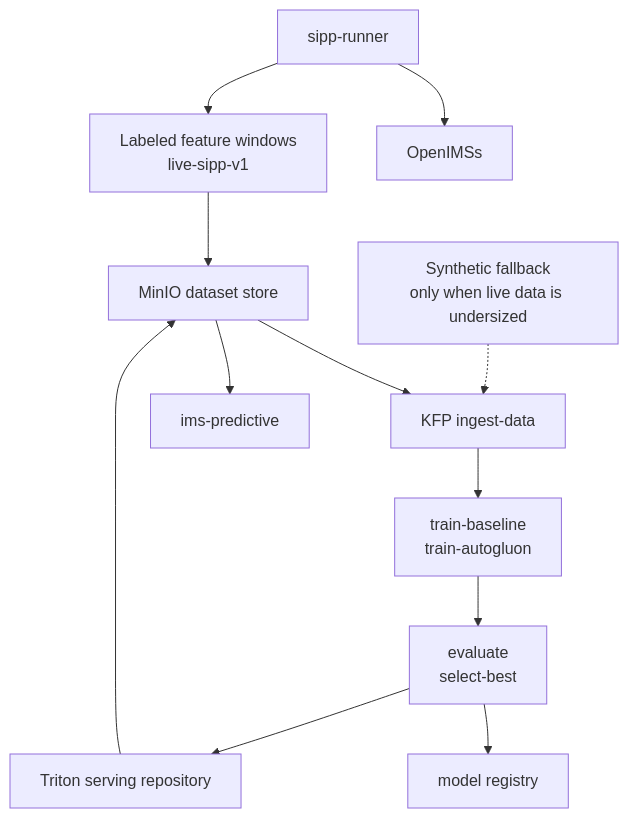
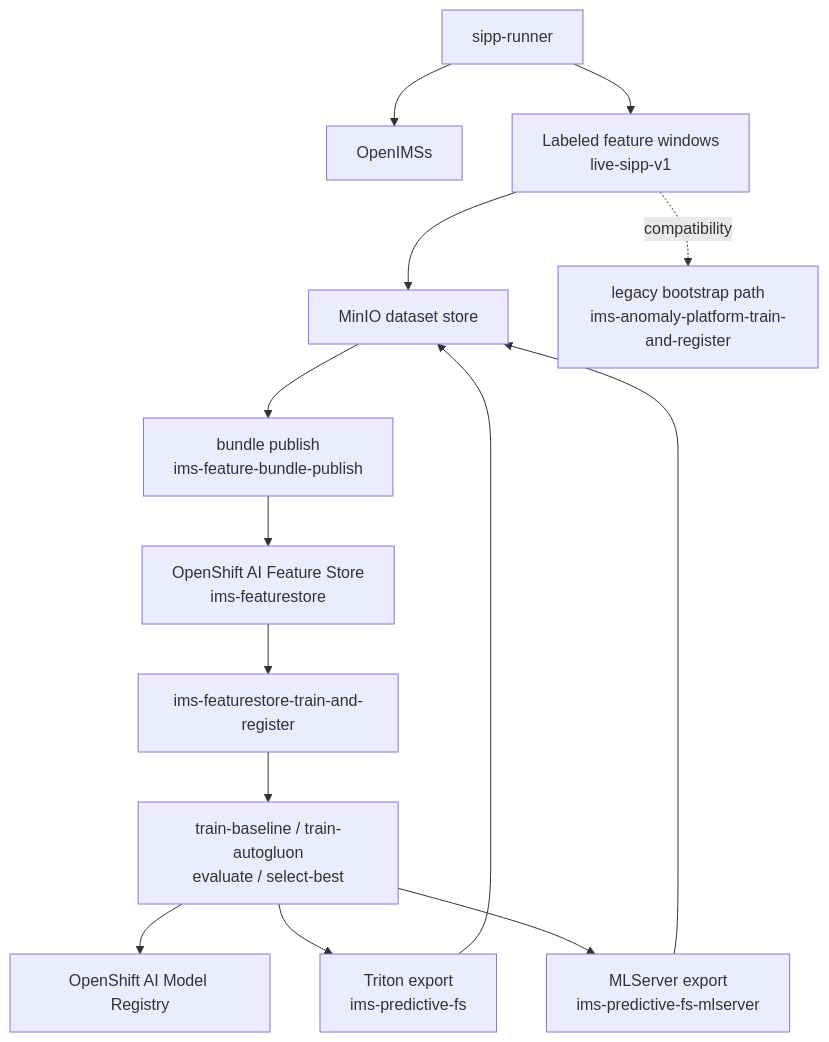
The third of 6 diagrams in docs/architecture/engineering-spec.md (rh-telco-tigers/Autonomous-Network-Intelligence-Anomaly-Detection-with-Red-Hat-OpenShift-AI), drawn with Mermaid before and after one commit. The commit also changed other lines of this file and 51 other files, not shown here.

First line of the commit message:
complete feature-store multiclass rollout and sync Plane ticket states

````diff
--- a/docs/architecture/engineering-spec.md
+++ b/docs/architecture/engineering-spec.md
@@ -167,26 +167,29 @@
 ```mermaid
 flowchart TD
   SIPP["sipp-runner"]
   IMS["OpenIMSs"]
   Windows["Labeled feature windows<br/>live-sipp-v1"]
   MinIO["MinIO dataset store"]
-  Synthetic["Synthetic fallback<br/>only when live data is undersized"]
-  Ingest["KFP ingest-data"]
-  Train["train-baseline<br/>train-autogluon"]
-  Evaluate["evaluate<br/>select-best"]
-  Registry["model registry"]
-  TritonRepo["Triton serving repository"]
-  KServe["ims-predictive"]
+  Bundle["bundle publish<br/>ims-feature-bundle-publish"]
+  Feast["OpenShift AI Feature Store<br/>ims-featurestore"]
+  Train["ims-featurestore-train-and-register"]
+  Evaluate["train-baseline / train-autogluon<br/>evaluate / select-best"]
+  Registry["OpenShift AI Model Registry"]
+  TritonRepo["Triton export<br/>ims-predictive-fs"]
+  MLRepo["MLServer export<br/>ims-predictive-fs-mlserver"]
+  Legacy["legacy bootstrap path<br/>ims-anomaly-platform-train-and-register"]
 
   SIPP --> IMS
   SIPP --> Windows
   Windows --> MinIO
-  MinIO --> Ingest
-  Synthetic -.-> Ingest
-  Ingest --> Train
+  MinIO --> Bundle
+  Bundle --> Feast
+  Feast --> Train
   Train --> Evaluate
   Evaluate --> Registry
   Evaluate --> TritonRepo
+  Evaluate --> MLRepo
   TritonRepo --> MinIO
-  MinIO --> KServe
+  MLRepo --> MinIO
+  Windows -. compatibility .-> Legacy
 ```
````
